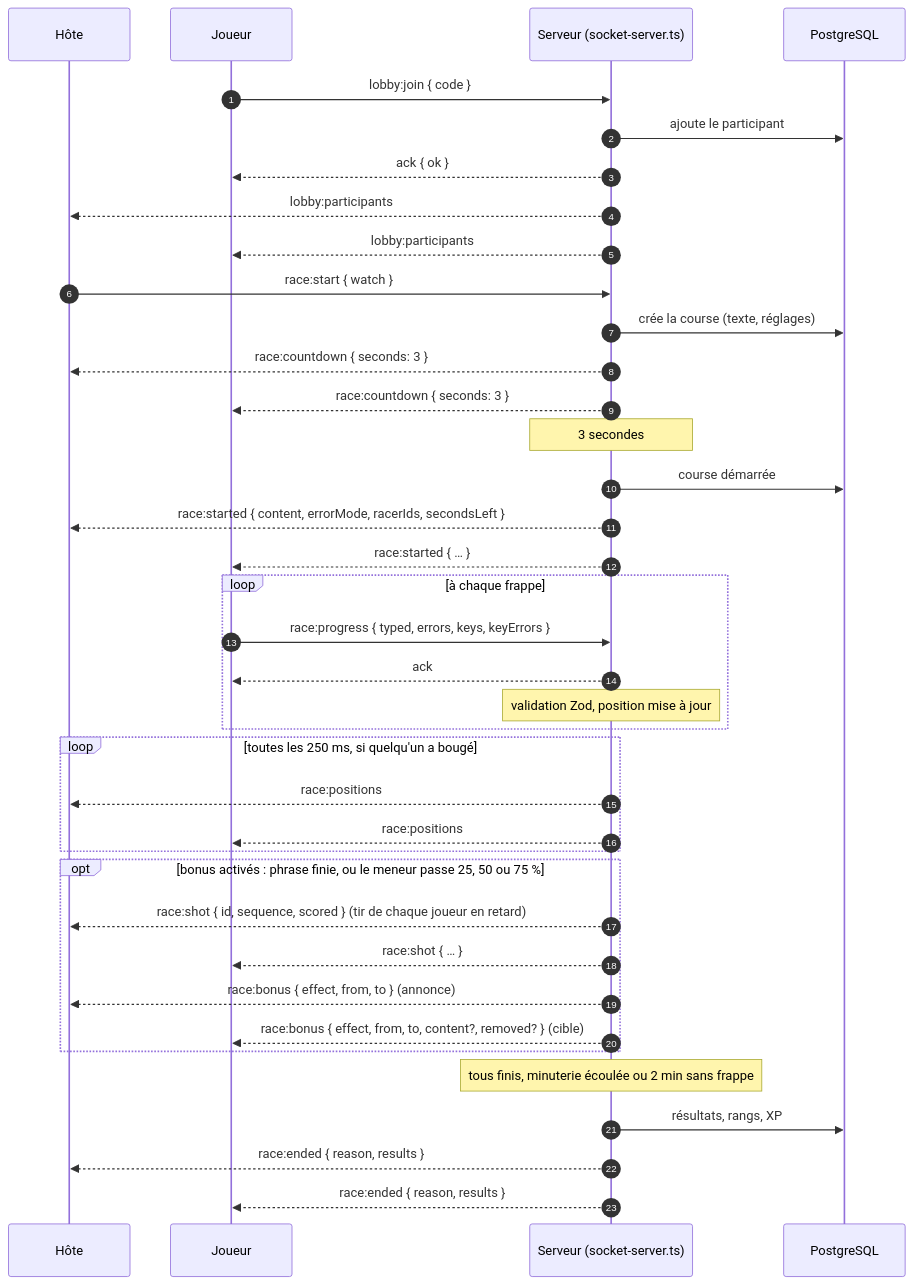
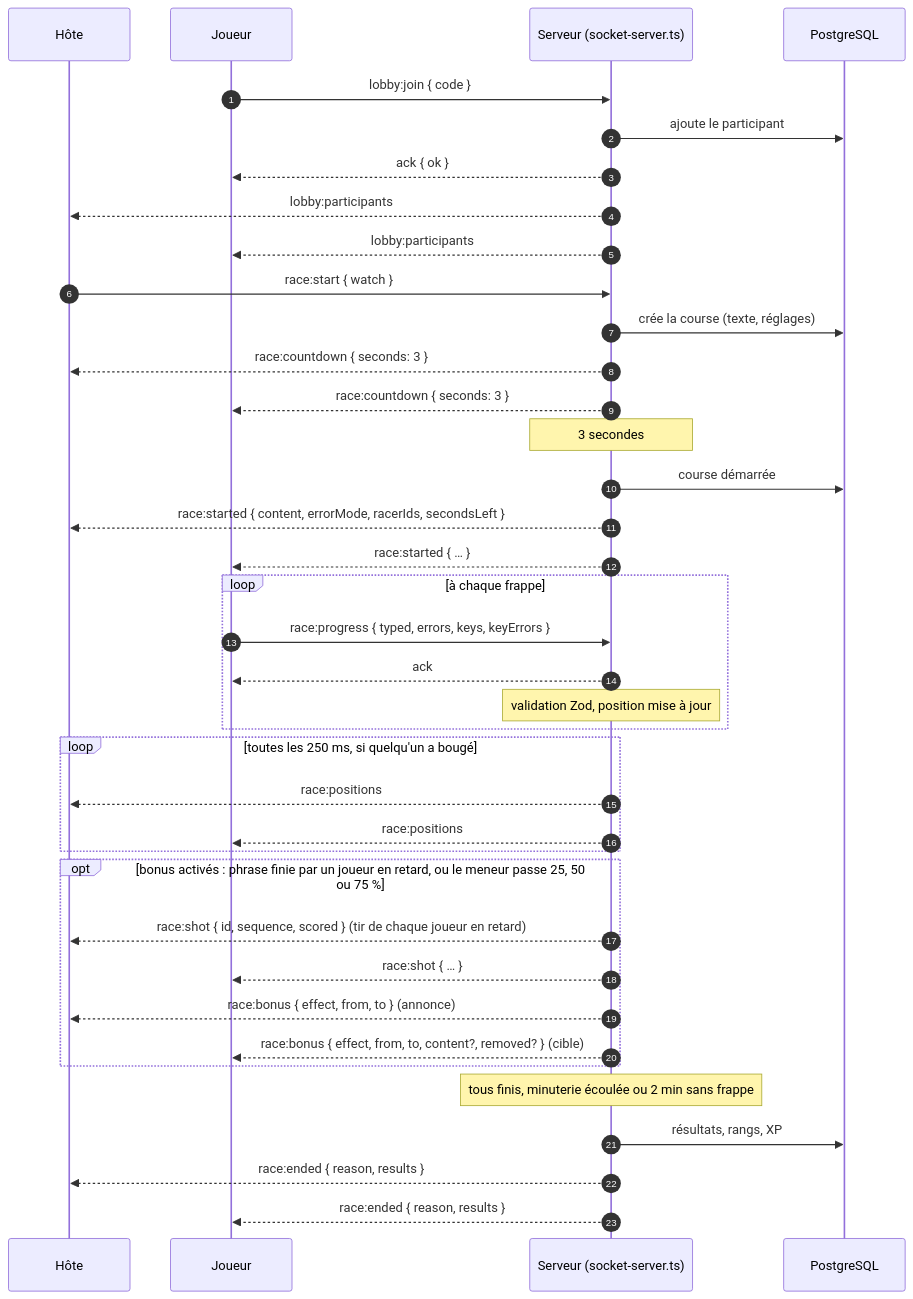
Before and after one commit to Madlodon/taype-in: the fourth of 4 diagrams in docs/ARCHITECTURE.md, drawn with Mermaid. The commit also changed other lines of this file and 1 other file, not shown here.

Commit message:
Update BONUS-01 note for the bonus cap

````diff
--- a/docs/ARCHITECTURE.md
+++ b/docs/ARCHITECTURE.md
@@ -208,44 +208,44 @@
 ```mermaid
 sequenceDiagram
     autonumber
     participant H as Hôte
     participant J as Joueur
     participant S as Serveur (socket-server.ts)
     participant DB as PostgreSQL
 
     J->>S: lobby:join { code }
     S->>DB: ajoute le participant
     S-->>J: ack { ok }
     S-->>H: lobby:participants
     S-->>J: lobby:participants
 
     H->>S: race:start { watch }
     S->>DB: crée la course (texte, réglages)
     S-->>H: race:countdown { seconds: 3 }
     S-->>J: race:countdown { seconds: 3 }
     Note over S: 3 secondes
     S->>DB: course démarrée
     S-->>H: race:started { content, errorMode, racerIds, secondsLeft }
     S-->>J: race:started { … }
 
     loop à chaque frappe
         J->>S: race:progress { typed, errors, keys, keyErrors }
         S-->>J: ack
         Note over S: validation Zod, position mise à jour
     end
     loop toutes les 250 ms, si quelqu'un a bougé
         S-->>H: race:positions
         S-->>J: race:positions
     end
-    opt bonus activés : phrase finie, ou le meneur passe 25, 50 ou 75 %
+    opt bonus activés : phrase finie par un joueur en retard, ou le meneur passe 25, 50 ou 75 %
         S-->>H: race:shot { id, sequence, scored } (tir de chaque joueur en retard)
         S-->>J: race:shot { … }
         S-->>H: race:bonus { effect, from, to } (annonce)
         S-->>J: race:bonus { effect, from, to, content?, removed? } (cible)
     end
 
     Note over S: tous finis, minuterie écoulée ou 2 min sans frappe
     S->>DB: résultats, rangs, XP
     S-->>H: race:ended { reason, results }
     S-->>J: race:ended { reason, results }
 ```
````
